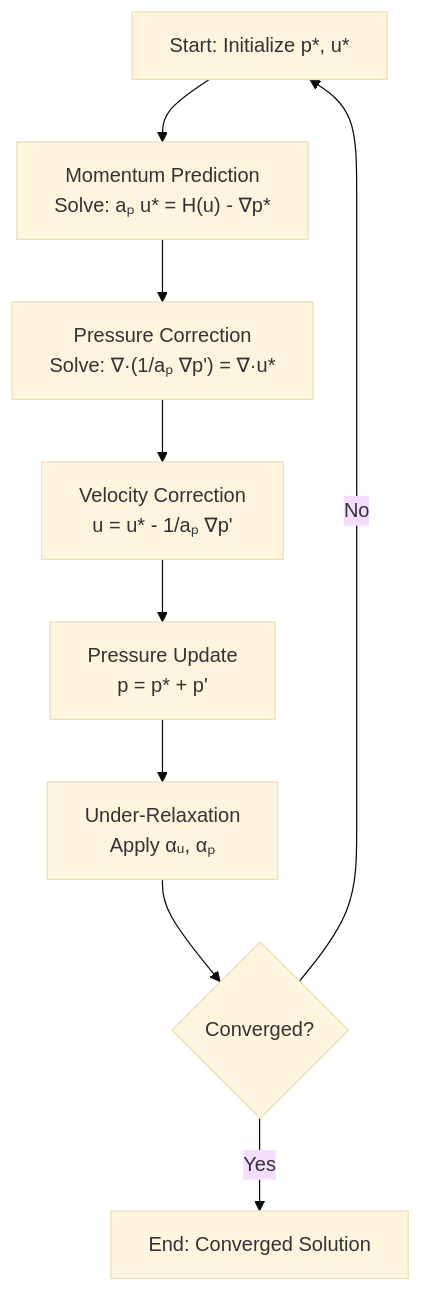
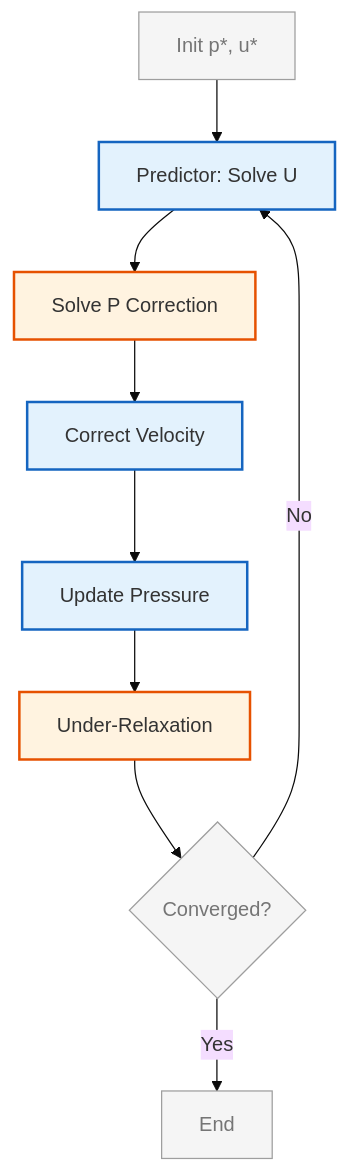
Before and after one commit to wramet/build-my-cfd: the first of 2 diagrams in MODULE_03_SINGLE_PHASE_FLOW/CONTENT/02_PRESSURE_VELOCITY_COUPLING/02_SIMPLE_Algorithm.md, drawn with Mermaid (base theme). The commit also changed other lines of this file and 313 other files, not shown here.

Commit message:
Revise all diagram

````diff
--- a/MODULE_03_SINGLE_PHASE_FLOW/CONTENT/02_PRESSURE_VELOCITY_COUPLING/02_SIMPLE_Algorithm.md
+++ b/MODULE_03_SINGLE_PHASE_FLOW/CONTENT/02_PRESSURE_VELOCITY_COUPLING/02_SIMPLE_Algorithm.md
@@ -121,11 +121,16 @@
 ```mermaid
 flowchart TD
-    A["Start: Initialize p*, u*"] --> B["Momentum Prediction<br/>Solve: aₚ u* = H(u) - ∇p*"]
-    B --> C["Pressure Correction<br/>Solve: ∇·(1/aₚ ∇p') = ∇·u*"]
-    C --> D["Velocity Correction<br/>u = u* - 1/aₚ ∇p'"]
-    D --> E["Pressure Update<br/>p = p* + p'"]
-    E --> F["Under-Relaxation<br/>Apply αᵤ, αₚ"]
-    F --> G{"Converged?"}
-    G -->|No| A
-    G -->|Yes| H["End: Converged Solution"]
+%% Classes
+classDef explicit fill:#fff3e0,stroke:#e65100,stroke-width:2px;
+classDef implicit fill:#e3f2fd,stroke:#1565c0,stroke-width:2px;
+classDef context fill:#f5f5f5,stroke:#9e9e9e,stroke-width:1px,color:#757575;
+%% Nodes
+A[Init p*, u*]:::context --> B[Predictor: Solve U]:::implicit
+B --> C[Solve P Correction]:::explicit
+C --> D[Correct Velocity]:::implicit
+D --> E[Update Pressure]:::implicit
+E --> F[Under-Relaxation]:::explicit
+F --> G{Converged?}:::context
+G -->|No| B
+G -->|Yes| H[End]:::context
 ```
````
